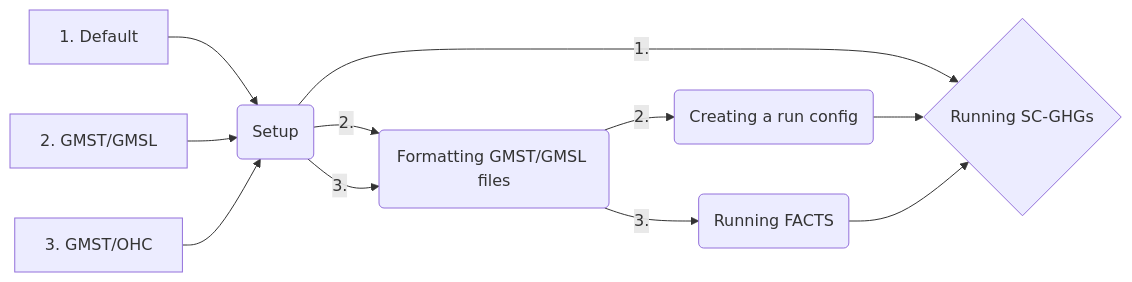
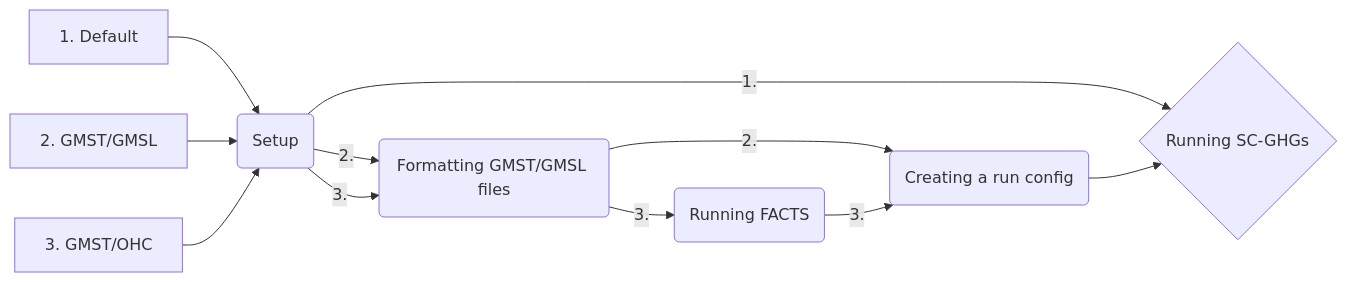
One commit to ClimateImpactLab/dscim-facts-epa changed the diagram in README.md. Above: the diagram before and after it, drawn with Mermaid. The commit also changed other lines of this file, not shown here.

Commit message:
Start the README revamp. Add outline, general run steps.

````diff
--- a/README.md
+++ b/README.md
@@ -15,16 +30,16 @@
 ```mermaid
 flowchart LR
 
 A[1. Default] --> D(Setup)
 D --> |1.| E{Running SC-GHGs}
 
 B[2. GMST/GMSL] --> D(Setup)
 D --> |2.| F(Formatting GMST/GMSL files)
 F --> |2.| H(Creating a run config)
-H --> E{Running SC-GHGs}
 
 C[3. GMST/OHC] --> D(Setup)
 D --> |3.| F(Formatting GMST/GMSL files)
 F --> |3.| G(Running FACTS)
-G --> E{Running SC-GHGs}
+G --> |3.| H(Creating a run config)
+H --> E{Running SC-GHGs}
 ```
````
